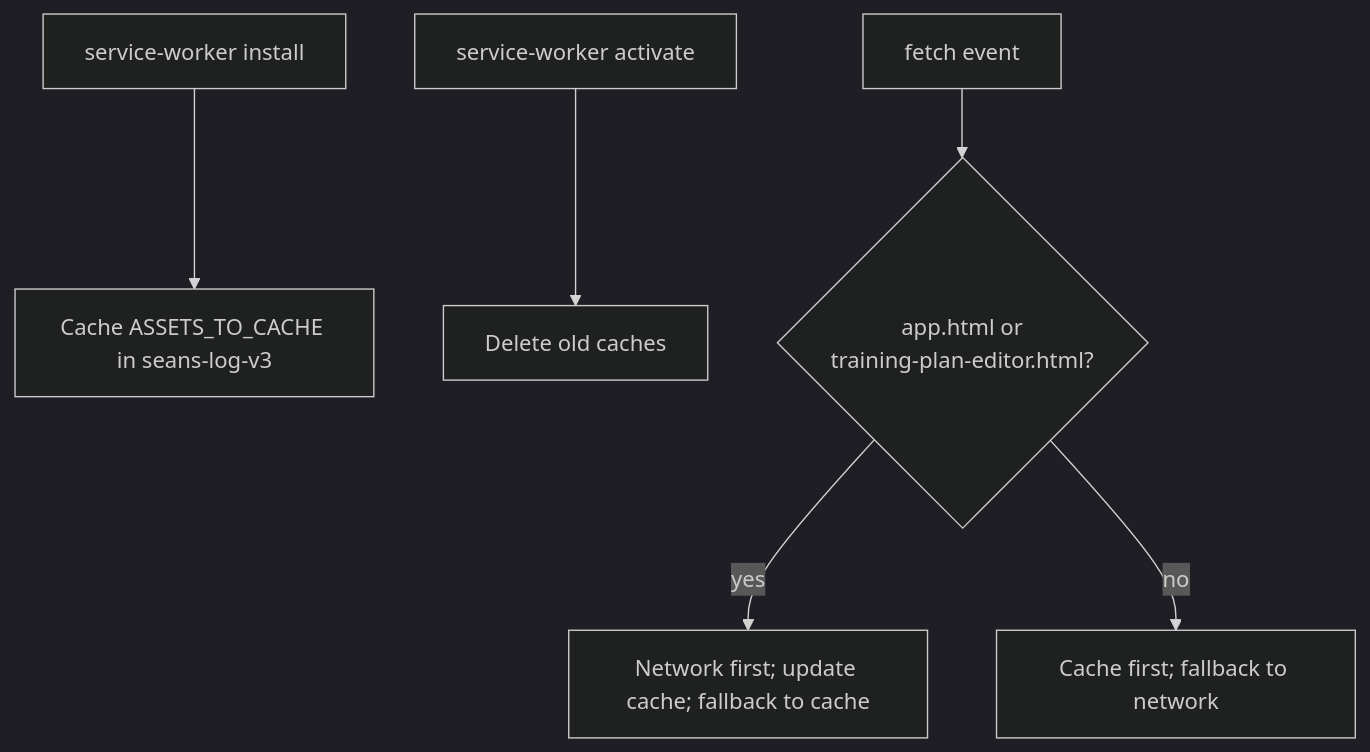
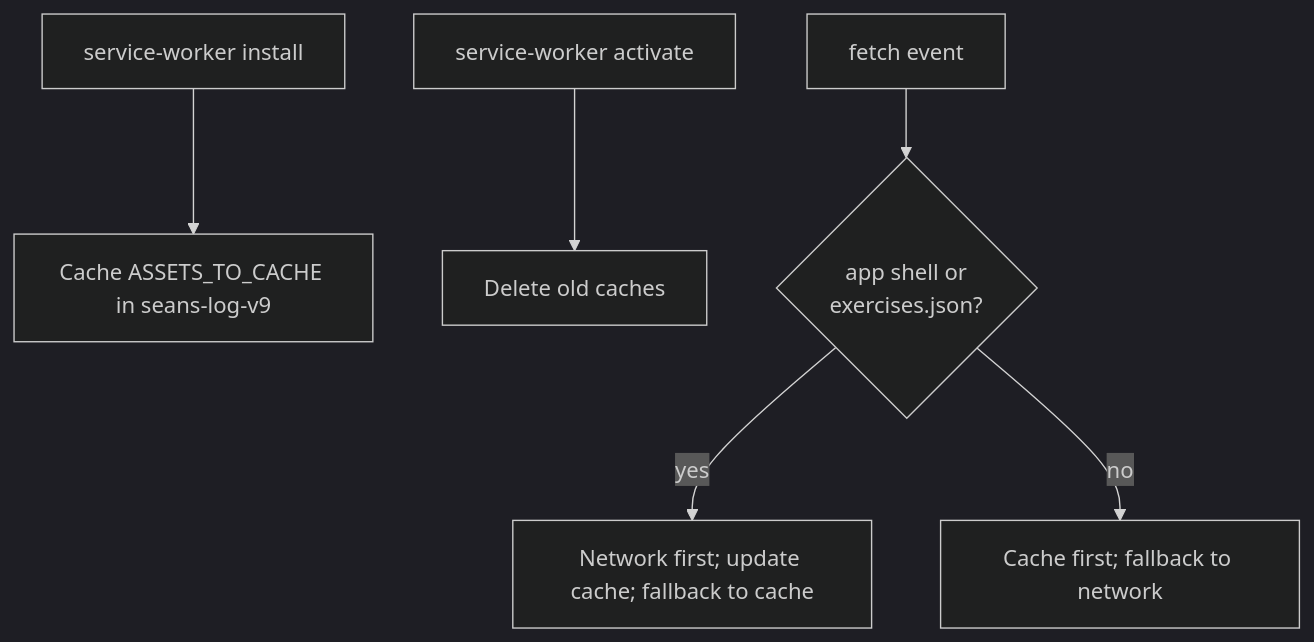
The fifth of 5 diagrams in workouts/WORKOUTS_ARCHITECTURE.md (0sps/sull1van.com), drawn with Mermaid (dark theme) before and after one commit. The commit also changed other lines of this file and 11 other files, not shown here.

````diff
--- a/workouts/WORKOUTS_ARCHITECTURE.md
+++ b/workouts/WORKOUTS_ARCHITECTURE.md
@@ -215,8 +222,8 @@
 ```mermaid
 flowchart TD
-    Install["service-worker install"] --> Cache["Cache ASSETS_TO_CACHE in seans-log-v3"]
+    Install["service-worker install"] --> Cache["Cache ASSETS_TO_CACHE in seans-log-v9"]
     Activate["service-worker activate"] --> Cleanup["Delete old caches"]
-    Fetch["fetch event"] --> Shell{"app.html or<br/>training-plan-editor.html?"}
+    Fetch["fetch event"] --> Shell{"app shell or<br/>exercises.json?"}
     Shell -->|yes| NetworkFirst["Network first; update cache; fallback to cache"]
     Shell -->|no| CacheFirst["Cache first; fallback to network"]
 ```
````
